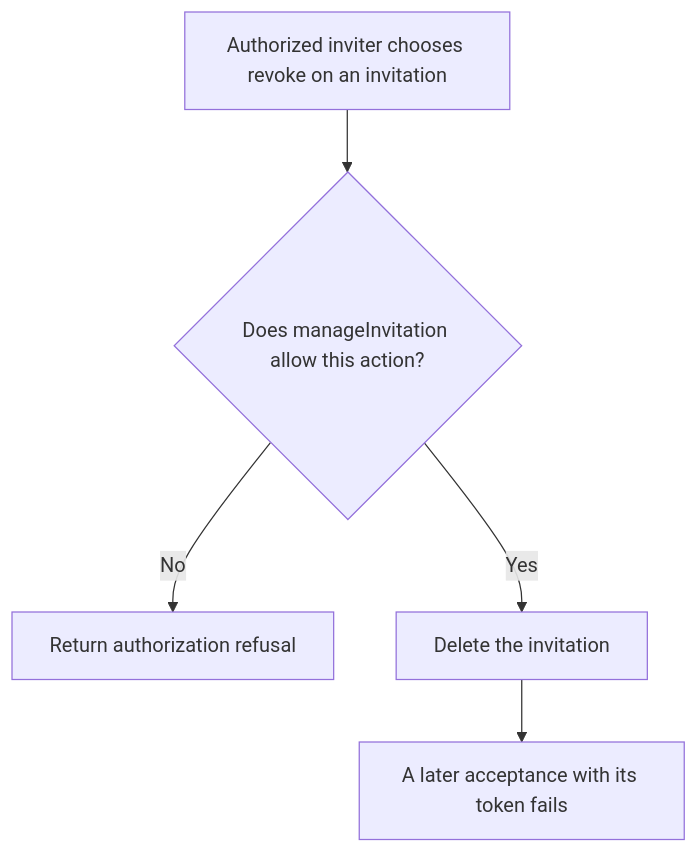
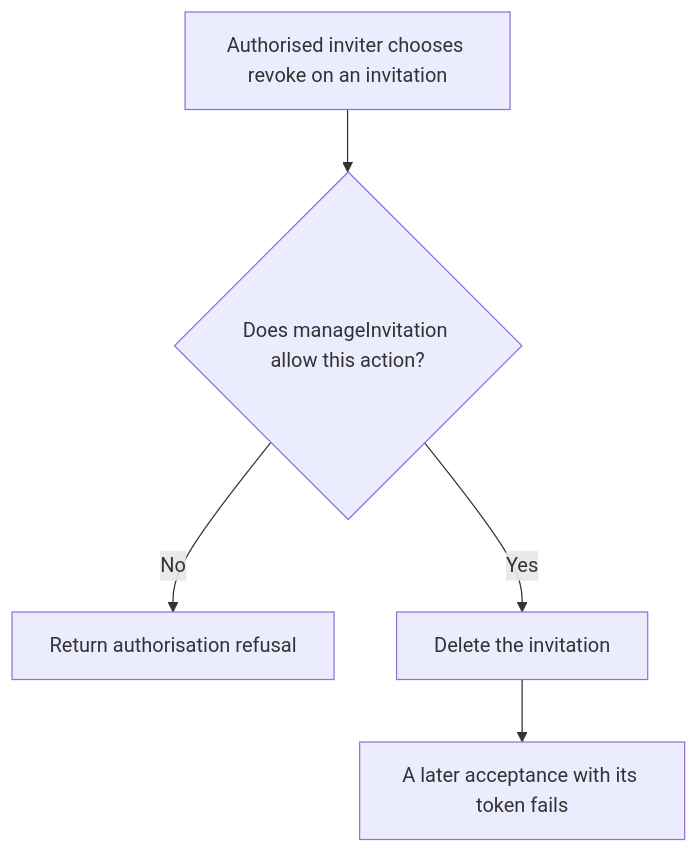
Before and after one commit to Kevinjohn/oss-adonisjs-account-kit: the first of 2 diagrams in user-stories/US-ACCOUNT-12-revoke-invitation.md, drawn with Mermaid. The commit also changed other lines of this file and 93 other files, not shown here.

````diff
--- a/user-stories/US-ACCOUNT-12-revoke-invitation.md
+++ b/user-stories/US-ACCOUNT-12-revoke-invitation.md
@@ -18,7 +18,7 @@
 ```mermaid
 flowchart TD
- A["Authorized inviter chooses revoke on an invitation"] --> B{"Does manageInvitation allow this action?"}
- B -->|No| C["Return authorization refusal"]
+ A["Authorised inviter chooses revoke on an invitation"] --> B{"Does manageInvitation allow this action?"}
+ B -->|No| C["Return authorisation refusal"]
  B -->|Yes| D["Delete the invitation"]
  D --> E["A later acceptance with its token fails"]
 ```
````
